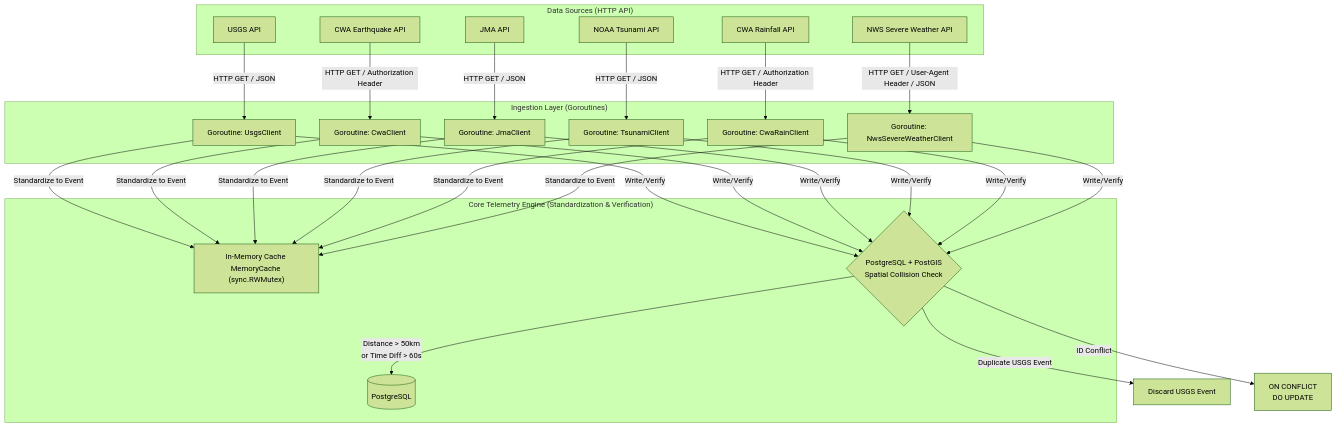
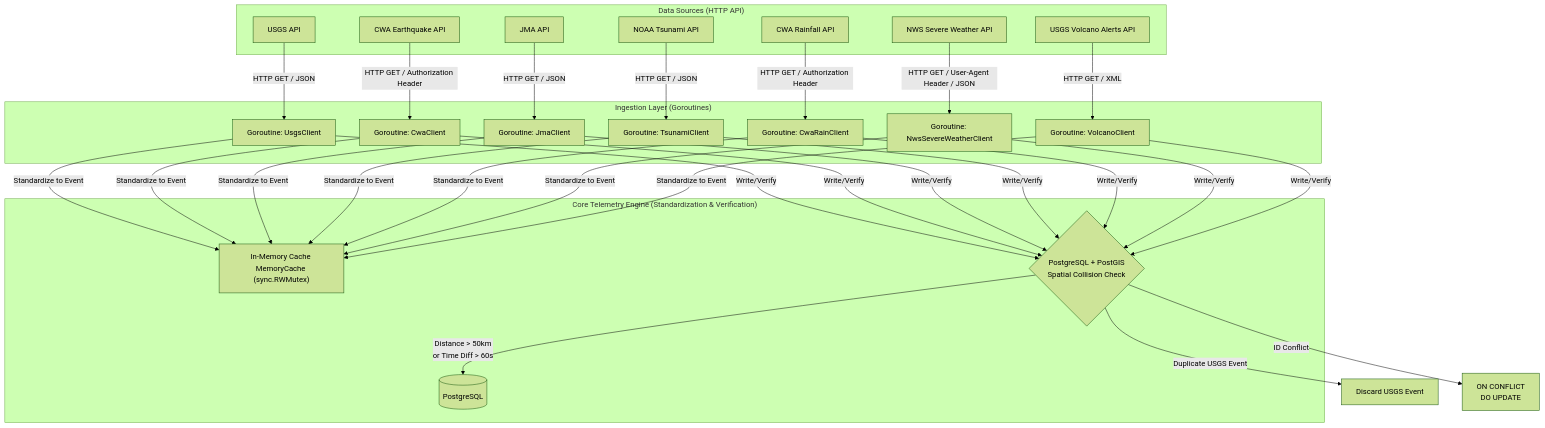
Before and after one commit to chgwyellow/AegisGeo: the diagram in README.md, drawn with Mermaid (forest theme). The commit also changed other lines of this file, not shown here.

Commit message:
docs: add USGS Volcano Alerts API integration details to architecture and configuration documentation

````diff
--- a/README.md
+++ b/README.md
@@ -21,55 +21,60 @@
 ```mermaid
 graph TD
     %% Source Definitions
     subgraph sources ["Data Sources (HTTP API)"]
         USGS_API[USGS API]
         CWA_EQ_API[CWA Earthquake API]
         JMA_API[JMA API]
         NOAA_API[NOAA Tsunami API]
         CWA_RAIN_API[CWA Rainfall API]
         NWS_API[NWS Severe Weather API]
+        VOLCANO_API[USGS Volcano Alerts API]
     end
 
     %% Ingestion Layer
     subgraph ingestion ["Ingestion Layer (Goroutines)"]
         G1[Goroutine: UsgsClient]
         G2[Goroutine: CwaClient]
         G3[Goroutine: JmaClient]
         G4[Goroutine: TsunamiClient]
         G5[Goroutine: CwaRainClient]
         G6[Goroutine: NwsSevereWeatherClient]
+        G7[Goroutine: VolcanoClient]
     end
 
     %% Connection to Ingestion
     USGS_API -->|HTTP GET / JSON| G1
     CWA_EQ_API -->|HTTP GET / Authorization Header| G2
     JMA_API -->|HTTP GET / JSON| G3
     NOAA_API -->|HTTP GET / JSON| G4
     CWA_RAIN_API -->|HTTP GET / Authorization Header| G5
     NWS_API -->|HTTP GET / User-Agent Header / JSON| G6
+    VOLCANO_API -->|HTTP GET / XML| G7
 
     %% Core Process
     subgraph core ["Core Telemetry Engine (Standardization & Verification)"]
         Cache["In-Memory Cache MemoryCache <br>(sync.RWMutex)"]
         DB_Check{PostgreSQL + PostGIS <br> Spatial Collision Check}
         SaveDB[(PostgreSQL)]
     end
 
     G1 -->|Standardize to Event| Cache
     G2 -->|Standardize to Event| Cache
     G3 -->|Standardize to Event| Cache
     G4 -->|Standardize to Event| Cache
     G5 -->|Standardize to Event| Cache
     G6 -->|Standardize to Event| Cache
+    G7 -->|Standardize to Event| Cache
 
     G1 -->|Write/Verify| DB_Check
     G2 -->|Write/Verify| DB_Check
     G3 -->|Write/Verify| DB_Check
     G4 -->|Write/Verify| DB_Check
     G5 -->|Write/Verify| DB_Check
     G6 -->|Write/Verify| DB_Check
+    G7 -->|Write/Verify| DB_Check
 
     DB_Check -->|Distance > 50km <br> or Time Diff > 60s| SaveDB
     DB_Check -->|Duplicate USGS Event| Drop[Discard USGS Event]
     DB_Check -->|ID Conflict| Upsert["ON CONFLICT <br> DO UPDATE"]
 ```
````
